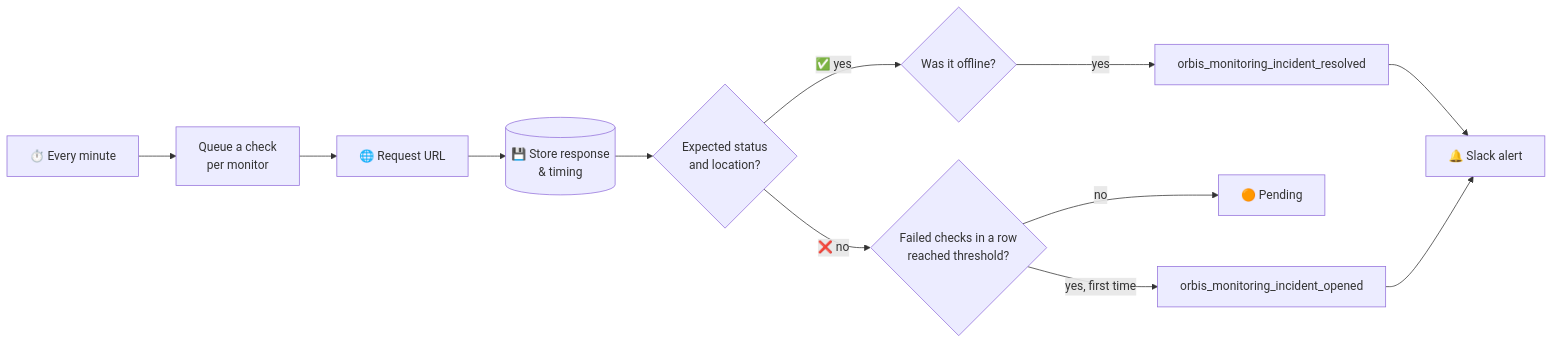
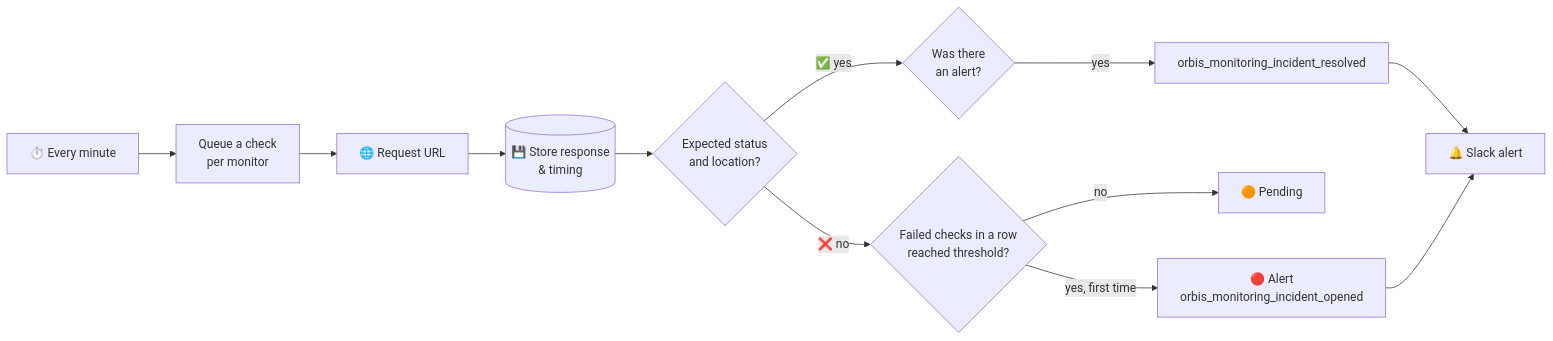
Before and after one commit to pronamic/wp-orbis-monitoring: the diagram in README.md, drawn with Mermaid. The commit also changed other lines of this file and 17 other files, not shown here.

````diff
--- a/README.md
+++ b/README.md
@@ -47,14 +47,14 @@
 ```mermaid
 flowchart LR
     A[⏱️ Every minute] --> B[Queue a check<br/>per monitor]
     B --> C[🌐 Request URL]
     C --> D[(💾 Store response<br/>& timing)]
     D --> E{Expected status<br/>and location?}
-    E -- ✅ yes --> F{Was it offline?}
+    E -- ✅ yes --> F{Was there<br/>an alert?}
     F -- yes --> G[orbis_monitoring_incident_resolved]
     E -- ❌ no --> H{Failed checks in a row<br/>reached threshold?}
     H -- no --> I[🟠 Pending]
-    H -- yes, first time --> J[orbis_monitoring_incident_opened]
+    H -- yes, first time --> J[🔴 Alert<br/>orbis_monitoring_incident_opened]
     G --> K[🔔 Slack alert]
     J --> K
 ```
````
